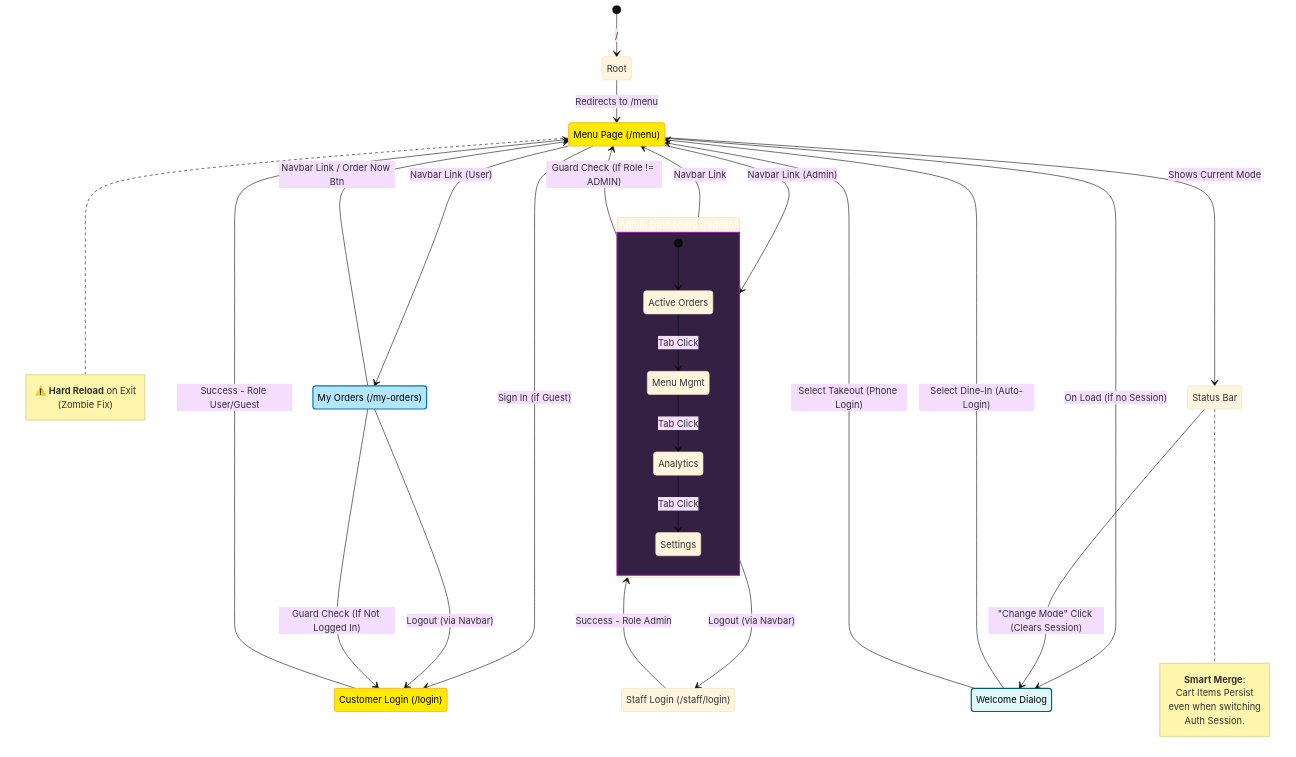
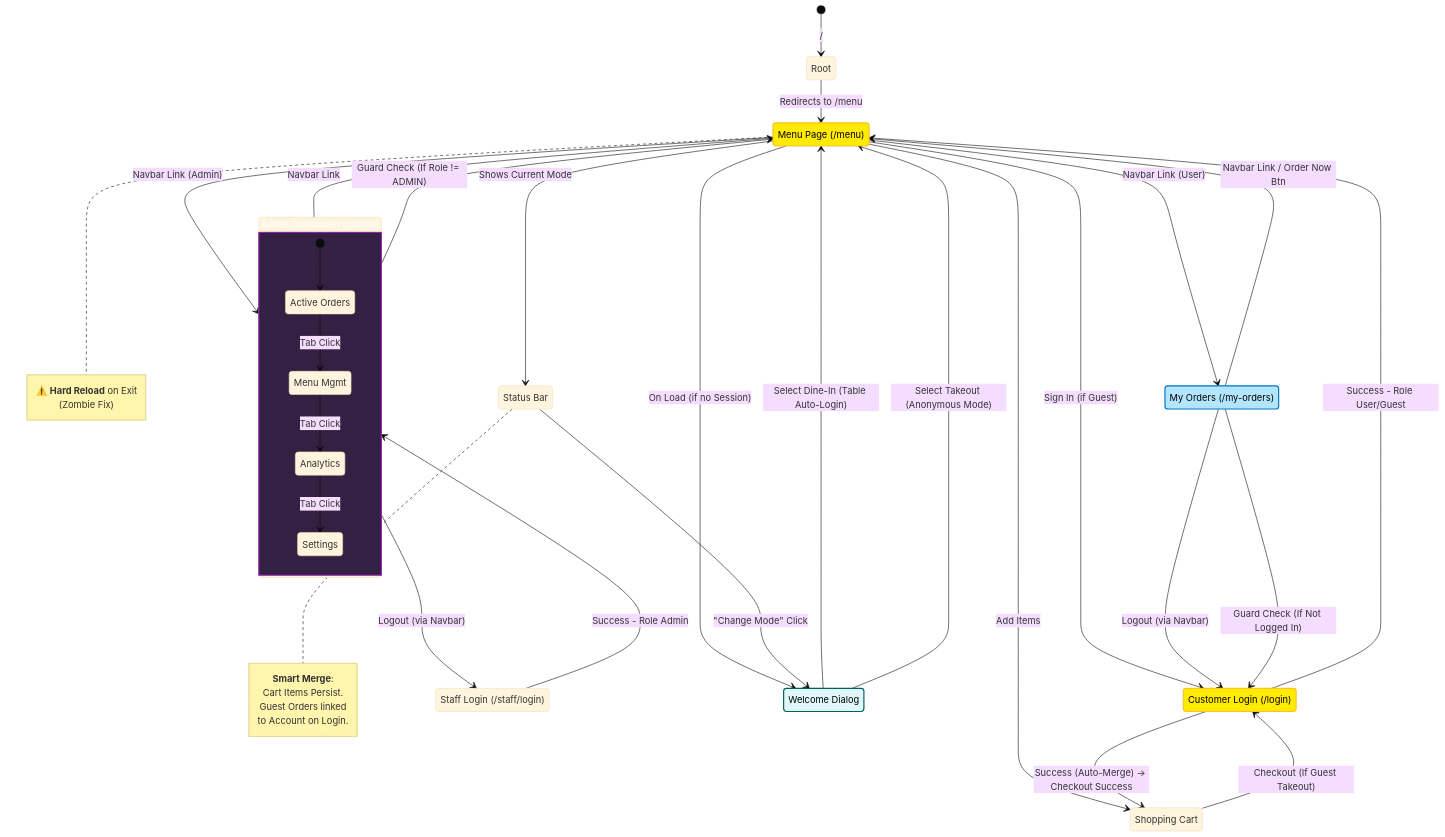
One commit to itshard2name-gmail/mini-restaurant-app changed the diagram in docs/FRONTEND_FLOW.md. Above: the diagram before and after it, drawn with Mermaid (base theme). The commit also changed 16 other files, not shown here.

First line of the commit message:
Fix: Resolve regression in merging guest orders to user account

```diff
--- a/docs/FRONTEND_FLOW.md
+++ b/docs/FRONTEND_FLOW.md
@@ -49,17 +49,23 @@
     
     %% --- Dining Mode Flow (Micro-Interaction) ---
     MenuPage --> WelcomeDialog: On Load (if no Session)
-    WelcomeDialog --> MenuPage: Select Dine-In (Auto-Login)
-    WelcomeDialog --> MenuPage: Select Takeout (Phone Login)
+    WelcomeDialog --> MenuPage: Select Dine-In (Table Auto-Login)
+    WelcomeDialog --> MenuPage: Select Takeout (Anonymous Mode)
     
     MenuPage --> StatusBar: Shows Current Mode
-    StatusBar --> WelcomeDialog: "Change Mode" Click (Clears Session)
+    StatusBar --> WelcomeDialog: "Change Mode" Click
+    
+    %% --- Checkout Flow ---
+    state "Shopping Cart" as Cart
+    MenuPage --> Cart: Add Items
+    Cart --> Login: Checkout (If Guest Takeout)
+    Login --> Cart: Success (Auto-Merge) -> Checkout Success
     
     note right of StatusBar
        **Smart Merge**:
-       Cart Items Persist
-       even when switching
-       Auth Session.
+       Cart Items Persist.
+       Guest Orders linked
+       to Account on Login.
     end note
 
     %% --- Internal States: Admin Dashboard ---
```
